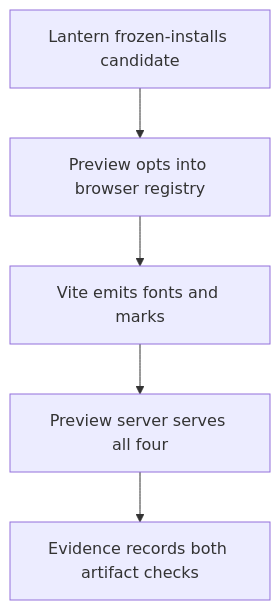
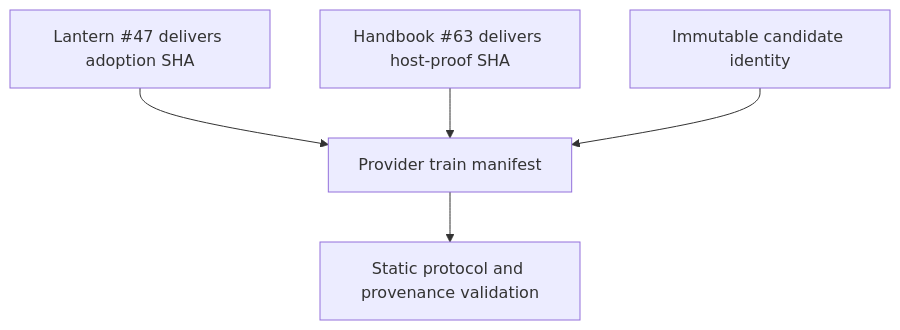
One commit to RebelliousSmile/schema-pbta changed the first of 2 diagrams in aidd_docs/tasks/2026_09/2026_09_25_commonjs_safe_browser_asset_export/phase-5.md. Above: the diagram before and after it, drawn with Mermaid. The commit also changed other lines of this file and 4 other files, not shown here.

````diff
--- a/aidd_docs/tasks/2026_09/2026_09_25_commonjs_safe_browser_asset_export/phase-5.md
+++ b/aidd_docs/tasks/2026_09/2026_09_25_commonjs_safe_browser_asset_export/phase-5.md
@@ -25,7 +18,7 @@
 ```mermaid
 flowchart TD
-  A[Lantern frozen-installs candidate] --> B[Preview opts into browser registry]
-  B --> C[Vite emits fonts and marks]
-  C --> D[Preview server serves all four]
-  D --> E[Evidence records both artifact checks]
+  A[Lantern #47 delivers adoption SHA] --> C[Provider train manifest]
+  B[Handbook #63 delivers host-proof SHA] --> C
+  D[Immutable candidate identity] --> C
+  C --> E[Static protocol and provenance validation]
 ```
````
